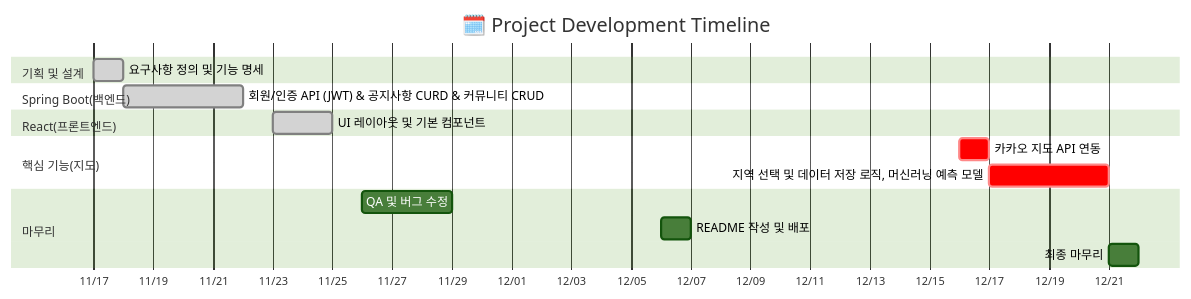
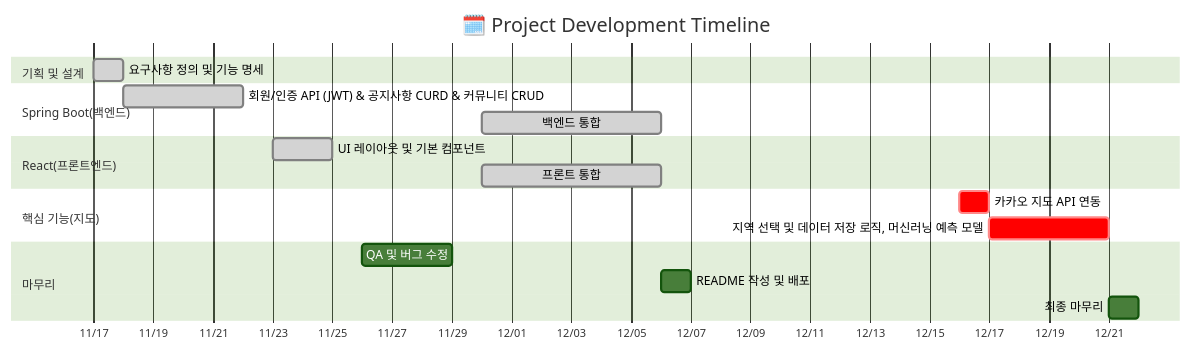
The diagram in README.md (rombird/JOB-A-YO), drawn with Mermaid (forest theme) before and after one commit.

````diff
--- a/README.md
+++ b/README.md
@@ -347,24 +347,26 @@
 ```mermaid
 gantt
     title 🗓️ Project Development Timeline
     dateFormat  YYYY-MM-DD
     axisFormat  %m/%d
 
     section 기획 및 설계
     요구사항 정의 및 기능 명세      :done, des1, 2025-11-17, 2025-11-18
     
     section Spring Boot(백엔드)
     회원/인증 API (JWT) & 공지사항 CURD & 커뮤니티 CRUD         :done, be1, 2025-11-18, 2025-11-22
+    백엔드 통합                                               : done, be2, 2025-11-30, 2025-12-06
     
     section React(프론트엔드)
     UI 레이아웃 및 기본 컴포넌트    :done, fe1, 2025-11-23, 2025-11-25
+    프론트 통합                   : done, fe2, 2025-11-30, 2025-12-06
     
     section 핵심 기능(지도)
     카카오 지도 API 연동          :crit, map1, 2025-12-16, 2025-12-17
     지역 선택 및 데이터 저장 로직, 머신러닝 예측 모델    :crit, map2, 2025-12-17, 2025-12-21
      
     section 마무리
     QA 및 버그 수정              : 2025-11-26, 2025-11-29
     README 작성 및 배포          : 2025-12-06, 2025-12-07
     최종 마무리                  : 2025-12-21, 2025-12-22
 ```
````
